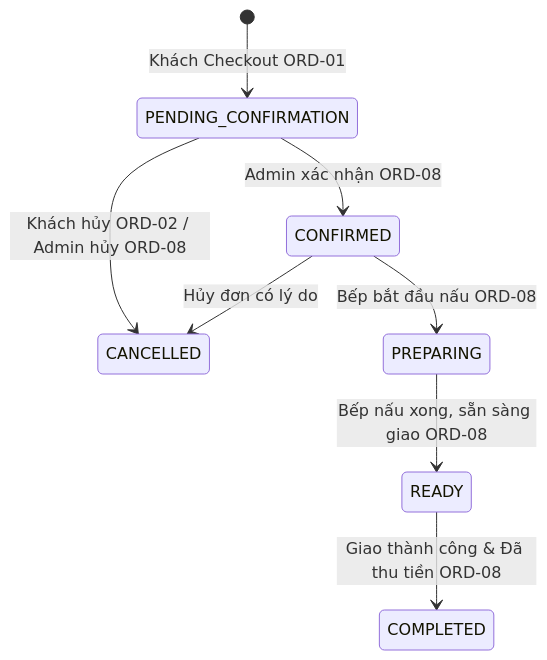
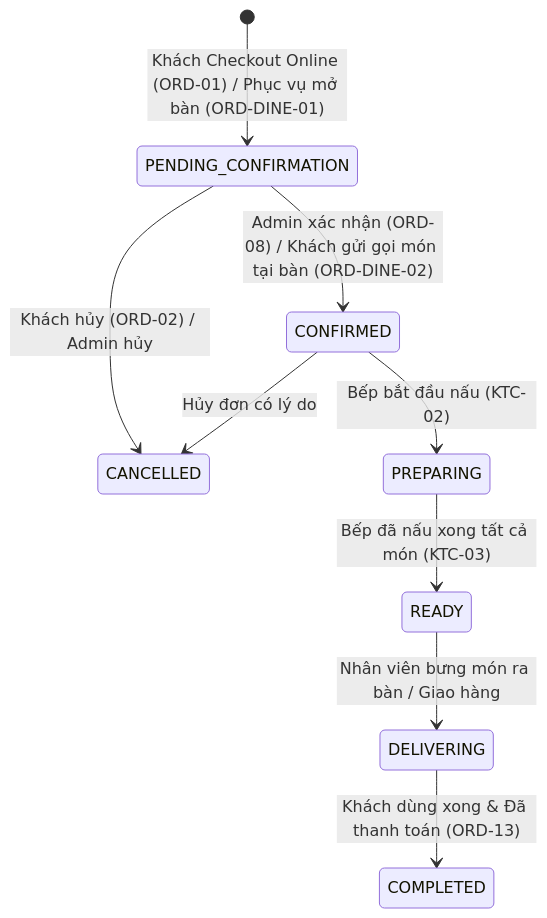
The first of 2 diagrams in docs/modules/order.md (khoapoke/restaurant-fe), drawn with Mermaid before and after one commit. The commit also changed other lines of this file and 1 other file, not shown here.

````diff
--- a/docs/modules/order.md
+++ b/docs/modules/order.md
@@ -35,10 +38,11 @@
 ```mermaid
 stateDiagram-v2
-    [*] --> PENDING_CONFIRMATION: Khách Checkout ORD-01
-    PENDING_CONFIRMATION --> CONFIRMED: Admin xác nhận ORD-08
-    PENDING_CONFIRMATION --> CANCELLED: Khách hủy ORD-02 / Admin hủy ORD-08
-    CONFIRMED --> PREPARING: Bếp bắt đầu nấu ORD-08
+    [*] --> PENDING_CONFIRMATION: Khách Checkout Online (ORD-01) / Phục vụ mở bàn (ORD-DINE-01)
+    PENDING_CONFIRMATION --> CONFIRMED: Admin xác nhận (ORD-08) / Khách gửi gọi món tại bàn (ORD-DINE-02)
+    PENDING_CONFIRMATION --> CANCELLED: Khách hủy (ORD-02) / Admin hủy
+    CONFIRMED --> PREPARING: Bếp bắt đầu nấu (KTC-02)
     CONFIRMED --> CANCELLED: Hủy đơn có lý do
-    PREPARING --> READY: Bếp nấu xong, sẵn sàng giao ORD-08
-    READY --> COMPLETED: Giao thành công & Đã thu tiền ORD-08
+    PREPARING --> READY: Bếp đã nấu xong tất cả món (KTC-03)
+    READY --> DELIVERING: Nhân viên bưng món ra bàn / Giao hàng
+    DELIVERING --> COMPLETED: Khách dùng xong & Đã thanh toán (ORD-13)
 ```
````
